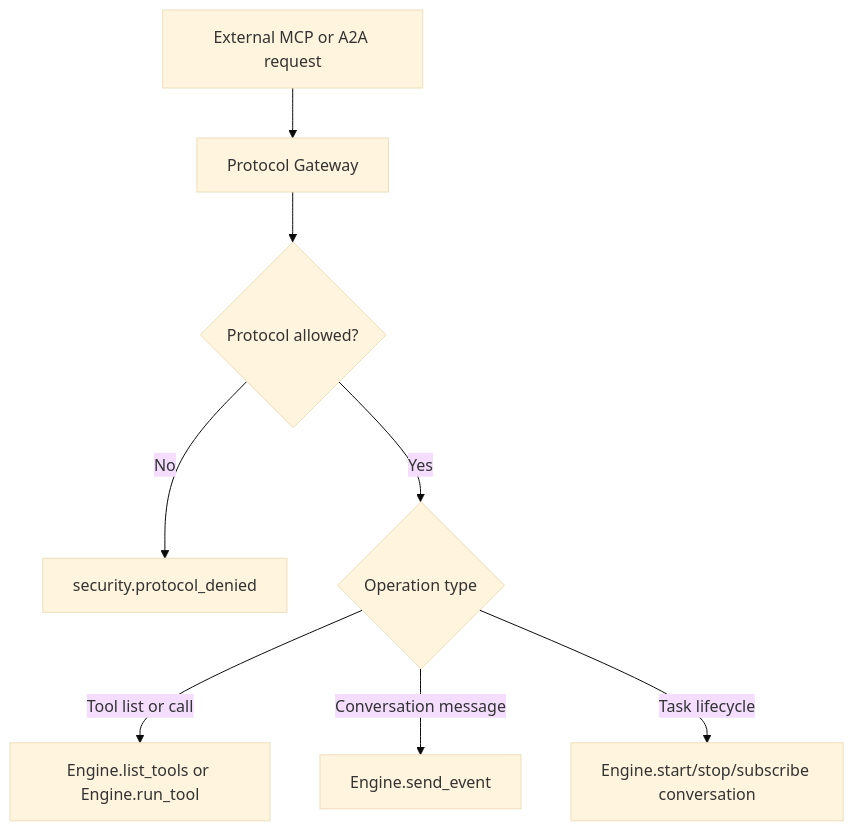
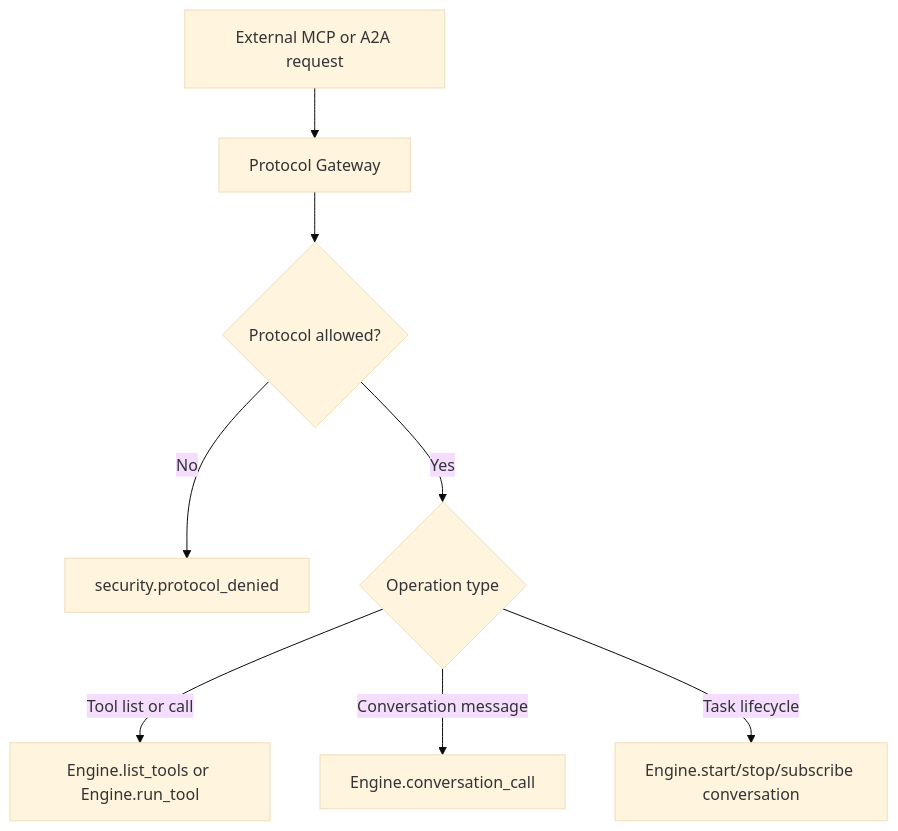
The diagram in docs/developer/protocol-adapters.md (pcharbon70/jido_code_server), drawn with Mermaid (base theme) before and after one commit. The commit also changed 50 other files, not shown here.

Commit message:
refactor conversation runtime to agent-first signal architecture

````diff
--- a/docs/developer/protocol-adapters.md
+++ b/docs/developer/protocol-adapters.md
@@ -14,10 +14,10 @@
 ```mermaid
 flowchart TD
     A["External MCP or A2A request"] --> B["Protocol Gateway"]
     B --> C{"Protocol allowed?"}
     C -->|No| D["security.protocol_denied"]
     C -->|Yes| E{"Operation type"}
     E -->|Tool list or call| F["Engine.list_tools or Engine.run_tool"]
-    E -->|Conversation message| G["Engine.send_event"]
+    E -->|Conversation message| G["Engine.conversation_call"]
     E -->|Task lifecycle| H["Engine.start/stop/subscribe conversation"]
 ```
````
